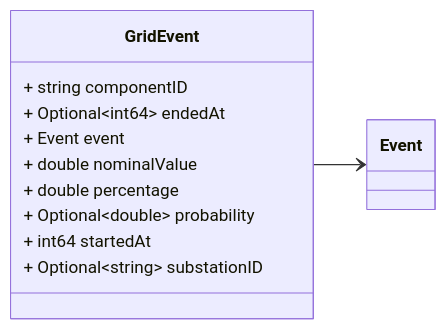
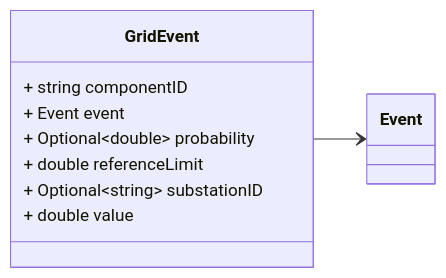
One commit to zaphiro-technologies/protobuf changed the first of 17 diagrams in docs/grid_event.proto.md. Above: the diagram before and after it, drawn with Mermaid. The commit also changed other lines of this file and 5 other files, not shown here.

````diff
--- a/docs/grid_event.proto.md
+++ b/docs/grid_event.proto.md
@@ -28,25 +28,23 @@
 ```mermaid
 classDiagram
 direction LR
 
 %% A grid event.
 %% Headers used in rabbitMQ (only if not sent as part of `DataSet`):
 %% * `id`: id of the `Event`
 %% * `type`: always `Event`
 %% * `sourceId`: the id of the source (e.g. a PMU) that generated the event.
 %% * `timestampId`: related measurement Unix msec timestamp (if any)
 %% 
 
 class GridEvent {
   + string componentID
-  + Optional~int64~ endedAt
   + Event event
-  + double nominalValue
-  + double percentage
   + Optional~double~ probability
-  + int64 startedAt
+  + double referenceLimit
   + Optional~string~ substationID
+  + double value
 }
 GridEvent --> `Event`
 
 ```
````
